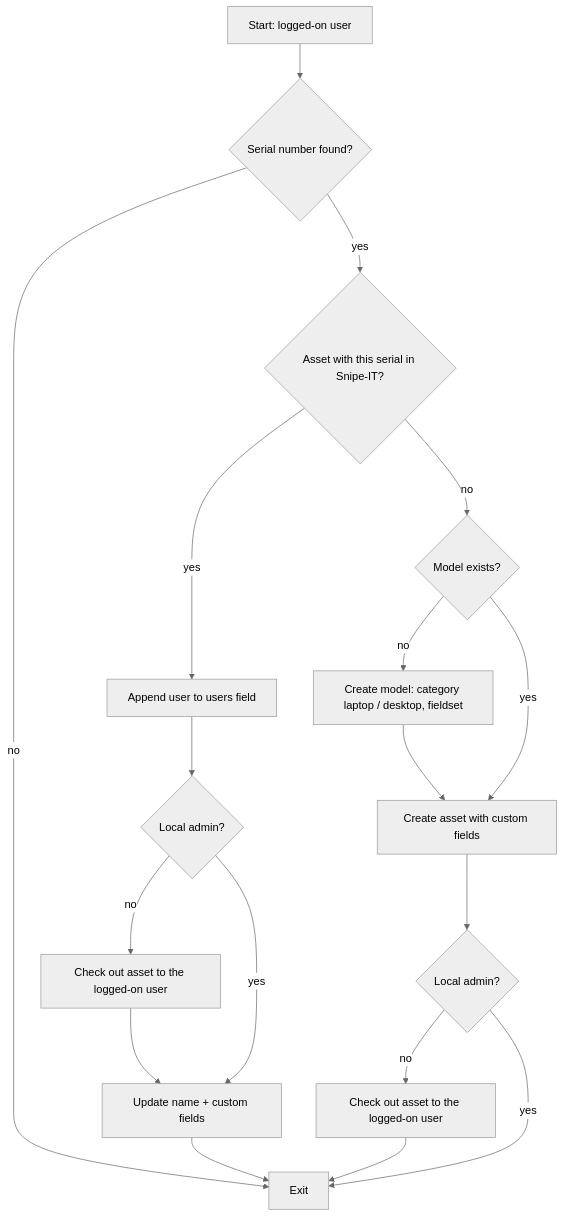
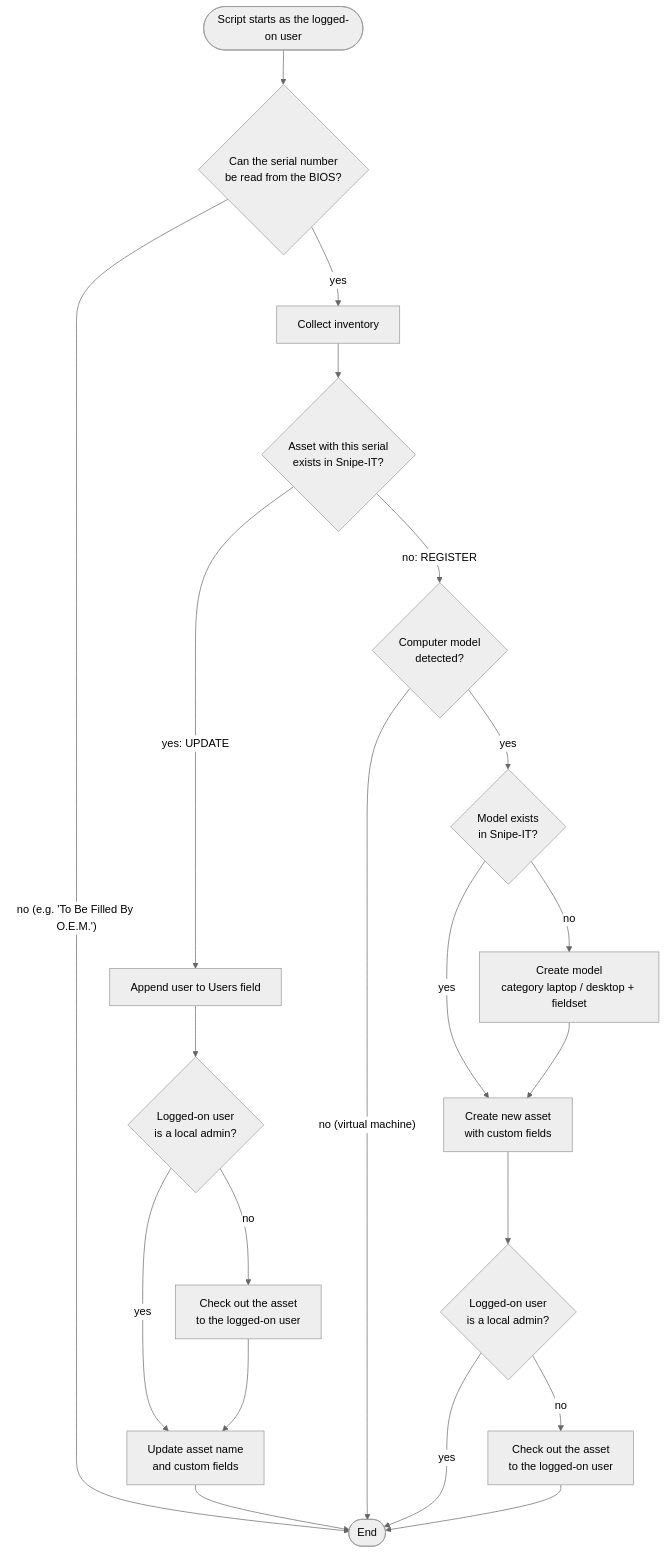
The diagram in README.md (DuprTECH/SnipeIT-PowerShell-Automated-Asset-Registration-and-Update), drawn with Mermaid (neutral theme) before and after one commit. The commit also changed other lines of this file, not shown here.

Commit message:
README: custom fields reference, clearer flowchart

````diff
--- a/README.md
+++ b/README.md
@@ -137,20 +168,25 @@
 ```mermaid
 flowchart TD
-    A[Start: logged-on user] --> B{Serial number found?}
-    B -- no --> Z[Exit]
-    B -- yes --> C{Asset with this serial in Snipe-IT?}
-    C -- yes --> D[Append user to users field]
-    D --> E{Local admin?}
-    E -- no --> F[Check out asset to the logged-on user]
-    E -- yes --> G
-    F --> G[Update name + custom fields]
-    C -- no --> H{Model exists?}
-    H -- no --> I[Create model: category laptop / desktop, fieldset]
-    H -- yes --> J
-    I --> J[Create asset with custom fields]
-    J --> K{Local admin?}
-    K -- no --> F2[Check out asset to the logged-on user]
-    K -- yes --> Z
-    G --> Z
-    F2 --> Z
+    A([Script starts as the logged-on user]) --> B{Can the serial number<br/>be read from the BIOS?}
+    B -- "no (e.g. 'To Be Filled By O.E.M.')" --> Z([End])
+    B -- yes --> C[Collect inventory]
+    C --> D{Asset with this serial<br/>exists in Snipe-IT?}
+
+    D -- "yes: UPDATE" --> E[Append user to Users field]
+    E --> F{Logged-on user<br/>is a local admin?}
+    F -- no --> G[Check out the asset<br/>to the logged-on user]
+    F -- yes --> H
+    G --> H[Update asset name<br/>and custom fields]
+    H --> Z
+
+    D -- "no: REGISTER" --> I{Computer model<br/>detected?}
+    I -- "no (virtual machine)" --> Z
+    I -- yes --> J{Model exists<br/>in Snipe-IT?}
+    J -- no --> K[Create model<br/>category laptop / desktop + fieldset]
+    J -- yes --> L
+    K --> L[Create new asset<br/>with custom fields]
+    L --> M{Logged-on user<br/>is a local admin?}
+    M -- no --> N[Check out the asset<br/>to the logged-on user]
+    M -- yes --> Z
+    N --> Z
 ```
````
